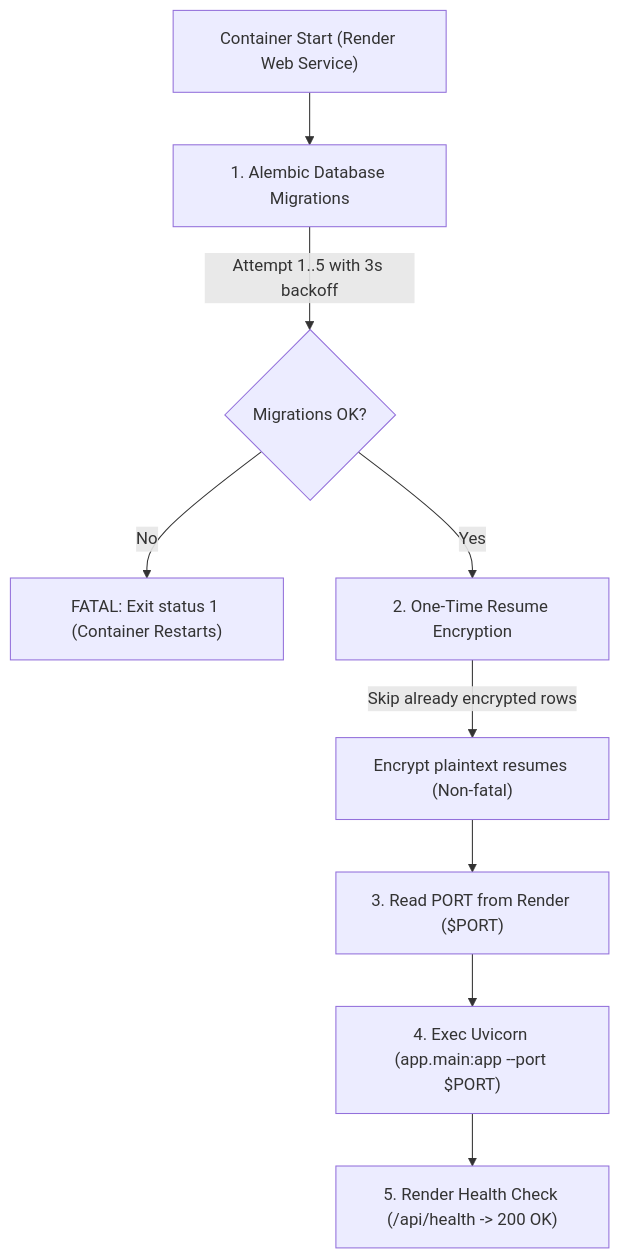
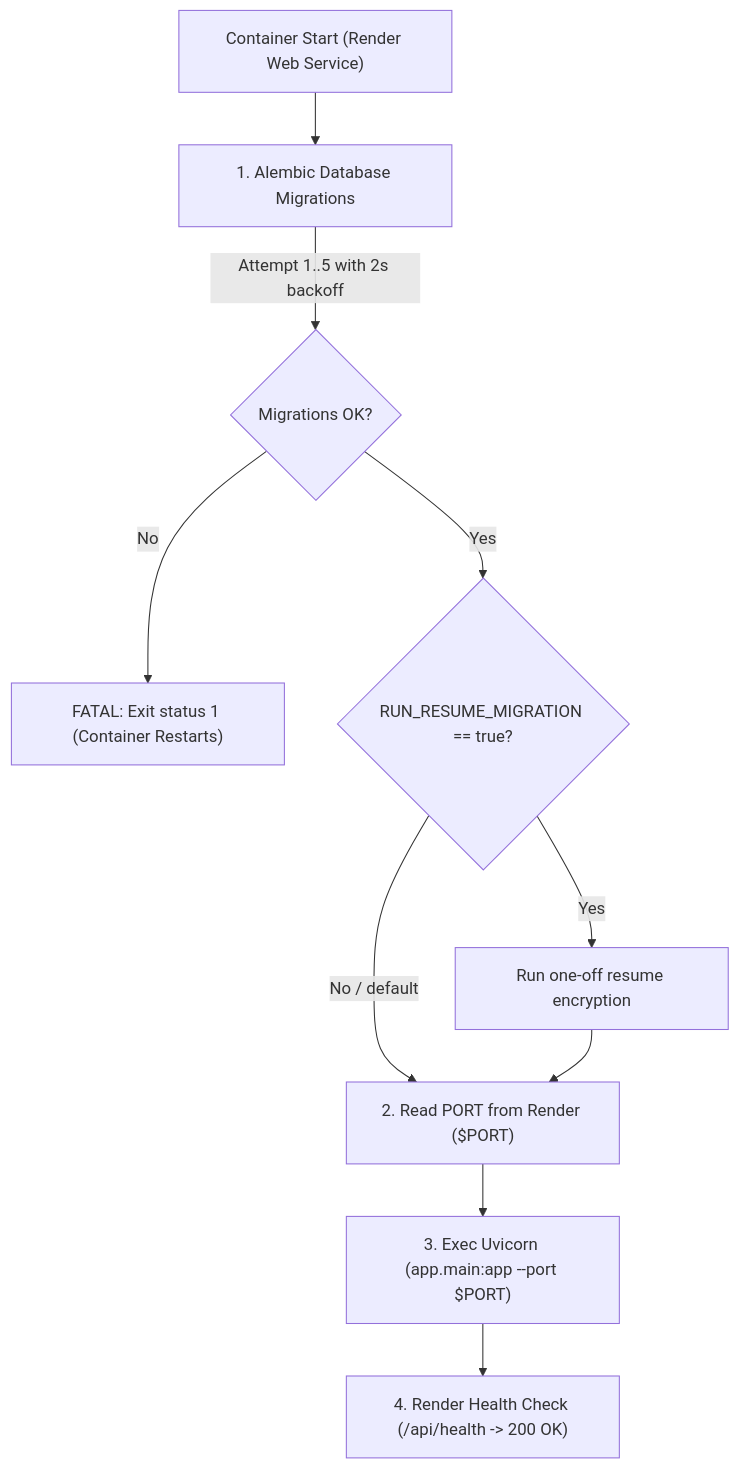
Before and after one commit to xShikhar/PostCraft-AI: the diagram in DEPLOYMENT_ARCHITECTURE.md, drawn with Mermaid. The commit also changed other lines of this file and 4 other files, not shown here.

Commit message:
docs: reconcile deployment architecture, performance changelog, and pipeline specs

````diff
--- a/DEPLOYMENT_ARCHITECTURE.md
+++ b/DEPLOYMENT_ARCHITECTURE.md
@@ -101,11 +105,12 @@
 ```mermaid
 flowchart TD
     A["Container Start (Render Web Service)"] --> B["1. Alembic Database Migrations"]
-    B -->|Attempt 1..5 with 3s backoff| C{"Migrations OK?"}
+    B -->|Attempt 1..5 with 2s backoff| C{"Migrations OK?"}
     C -->|No| D["FATAL: Exit status 1 (Container Restarts)"]
-    C -->|Yes| E["2. One-Time Resume Encryption"]
-    E -->|Skip already encrypted rows| F["Encrypt plaintext resumes (Non-fatal)"]
-    F --> G["3. Read PORT from Render ($PORT)"]
-    G --> H["4. Exec Uvicorn (app.main:app --port $PORT)"]
-    H --> I["5. Render Health Check (/api/health -> 200 OK)"]
+    C -->|Yes| E{"RUN_RESUME_MIGRATION == true?"}
+    E -->|Yes| F["Run one-off resume encryption"]
+    E -->|No / default| G["2. Read PORT from Render ($PORT)"]
+    F --> G
+    G --> H["3. Exec Uvicorn (app.main:app --port $PORT)"]
+    H --> I["4. Render Health Check (/api/health -> 200 OK)"]
 ```
````
